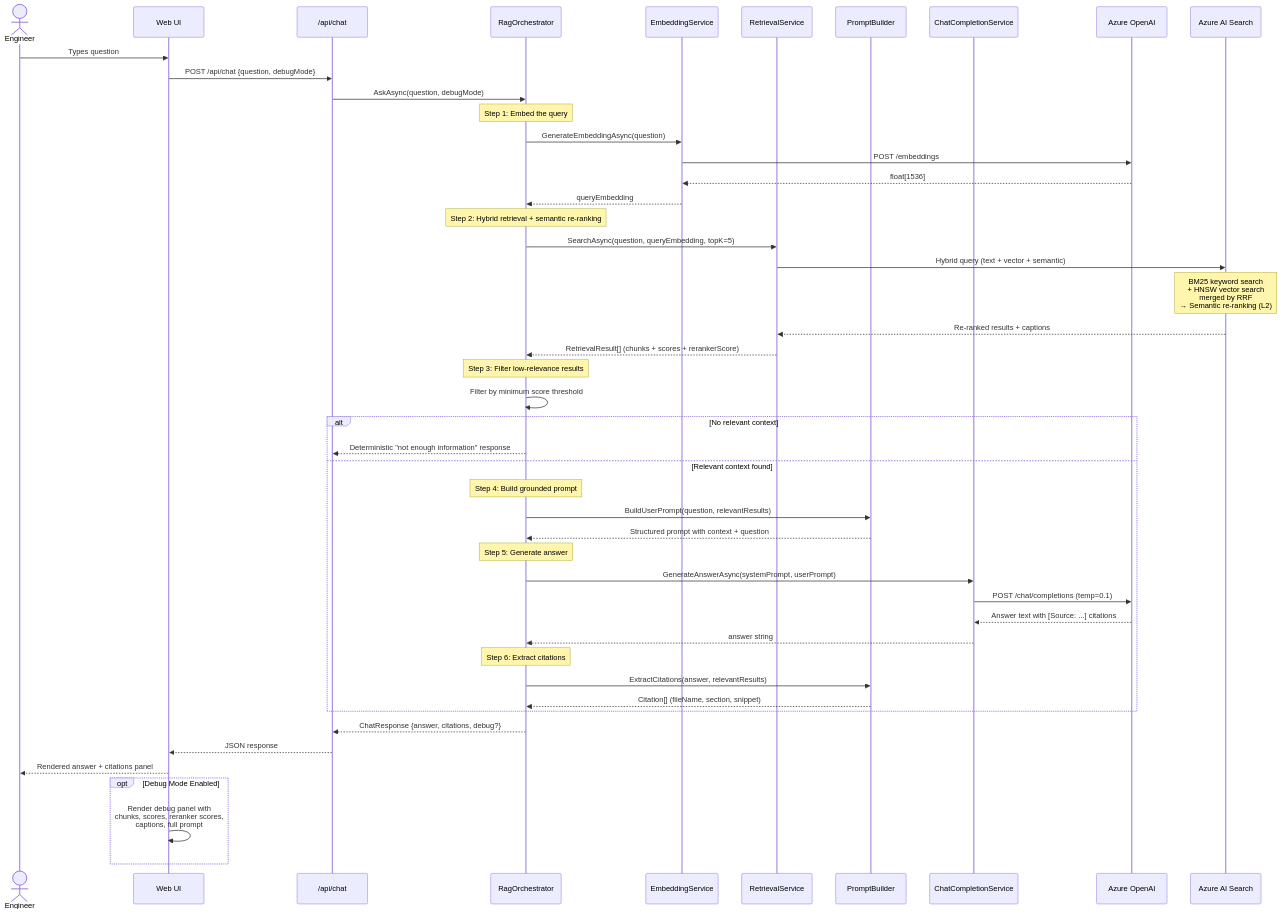
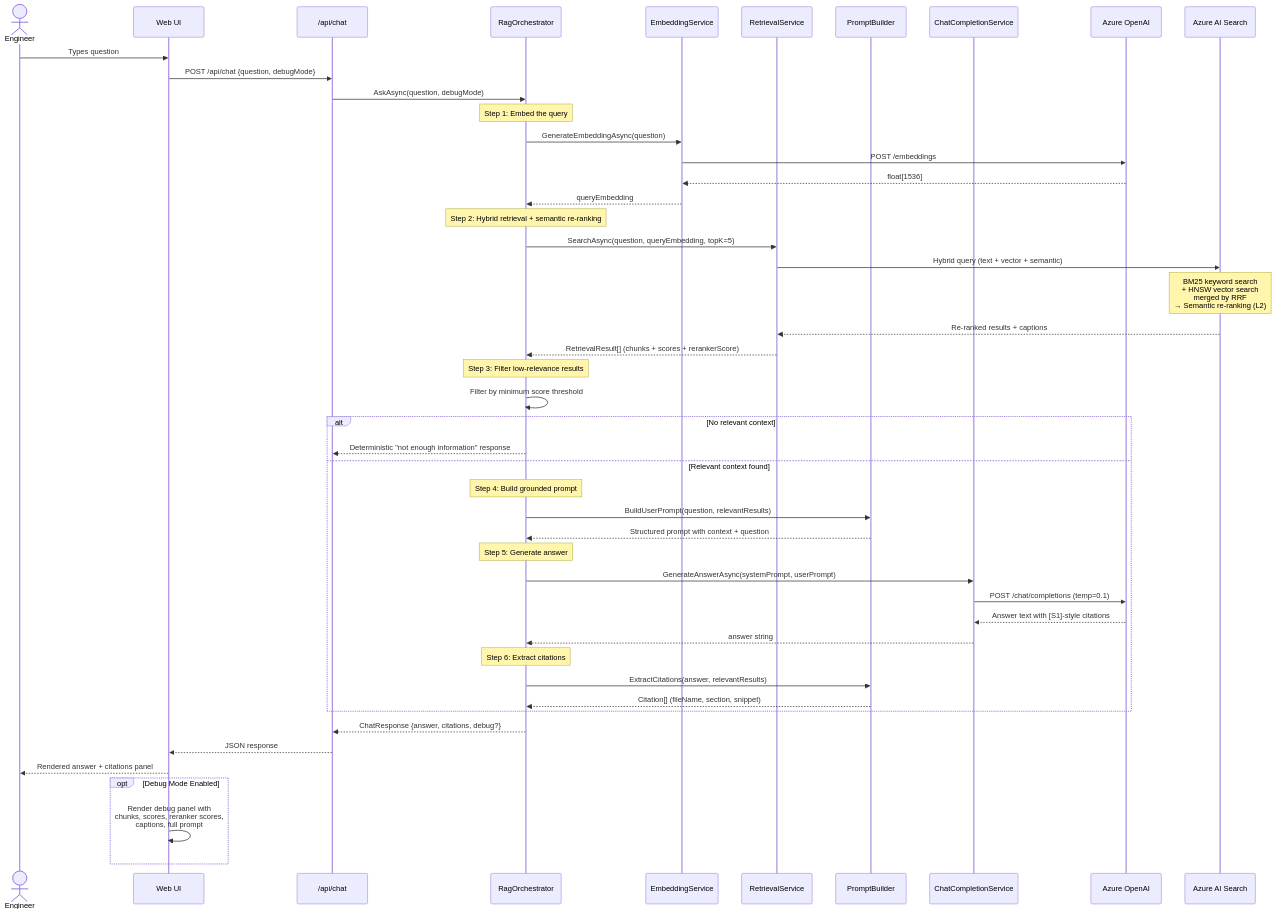
Before and after one commit to artemsemdev/Azure-RAG-Navigator: the diagram in docs/architecture/06-query-sequence.md, drawn with Mermaid. The commit also changed 11 other files, not shown here.

Commit message:
Use source ids for citations

````diff
--- a/docs/architecture/06-query-sequence.md
+++ b/docs/architecture/06-query-sequence.md
@@ -9,59 +9,59 @@
 ```mermaid
 sequenceDiagram
     actor User as Engineer
     participant UI as Web UI
     participant API as /api/chat
     participant RO as RagOrchestrator
     participant ES as EmbeddingService
     participant RS as RetrievalService
     participant PB as PromptBuilder
     participant CS as ChatCompletionService
     participant AOAI as Azure OpenAI
     participant AIS as Azure AI Search
 
     User->>UI: Types question
     UI->>API: POST /api/chat {question, debugMode}
     API->>RO: AskAsync(question, debugMode)
 
     Note over RO: Step 1: Embed the query
     RO->>ES: GenerateEmbeddingAsync(question)
     ES->>AOAI: POST /embeddings
     AOAI-->>ES: float[1536]
     ES-->>RO: queryEmbedding
 
     Note over RO: Step 2: Hybrid retrieval + semantic re-ranking
     RO->>RS: SearchAsync(question, queryEmbedding, topK=5)
     RS->>AIS: Hybrid query (text + vector + semantic)
     Note over AIS: BM25 keyword search<br/>+ HNSW vector search<br/>merged by RRF<br/>→ Semantic re-ranking (L2)
     AIS-->>RS: Re-ranked results + captions
     RS-->>RO: RetrievalResult[] (chunks + scores + rerankerScore)
 
     Note over RO: Step 3: Filter low-relevance results
     RO->>RO: Filter by minimum score threshold
 
     alt No relevant context
         RO-->>API: Deterministic "not enough information" response
     else Relevant context found
     Note over RO: Step 4: Build grounded prompt
     RO->>PB: BuildUserPrompt(question, relevantResults)
     PB-->>RO: Structured prompt with context + question
 
     Note over RO: Step 5: Generate answer
     RO->>CS: GenerateAnswerAsync(systemPrompt, userPrompt)
     CS->>AOAI: POST /chat/completions (temp=0.1)
-    AOAI-->>CS: Answer text with [Source: ...] citations
+    AOAI-->>CS: Answer text with [S1]-style citations
     CS-->>RO: answer string
 
     Note over RO: Step 6: Extract citations
     RO->>PB: ExtractCitations(answer, relevantResults)
     PB-->>RO: Citation[] (fileName, section, snippet)
     end
 
     RO-->>API: ChatResponse {answer, citations, debug?}
     API-->>UI: JSON response
     UI-->>User: Rendered answer + citations panel
 
     opt Debug Mode Enabled
         UI->>UI: Render debug panel with<br/>chunks, scores, reranker scores,<br/>captions, full prompt
     end
 ```
````
